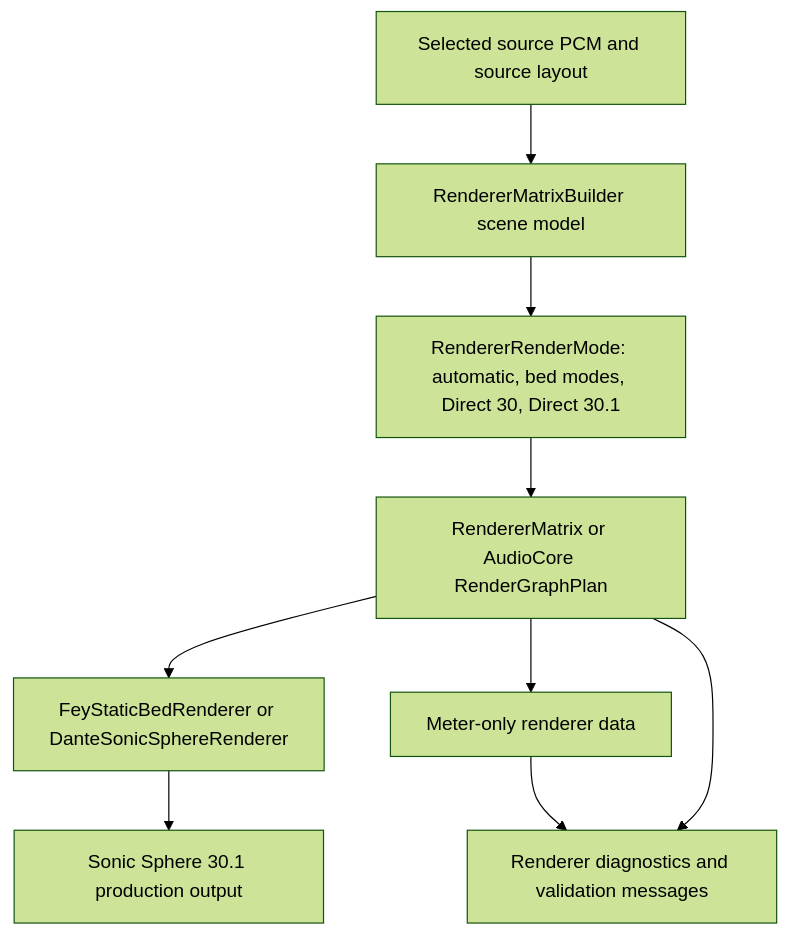
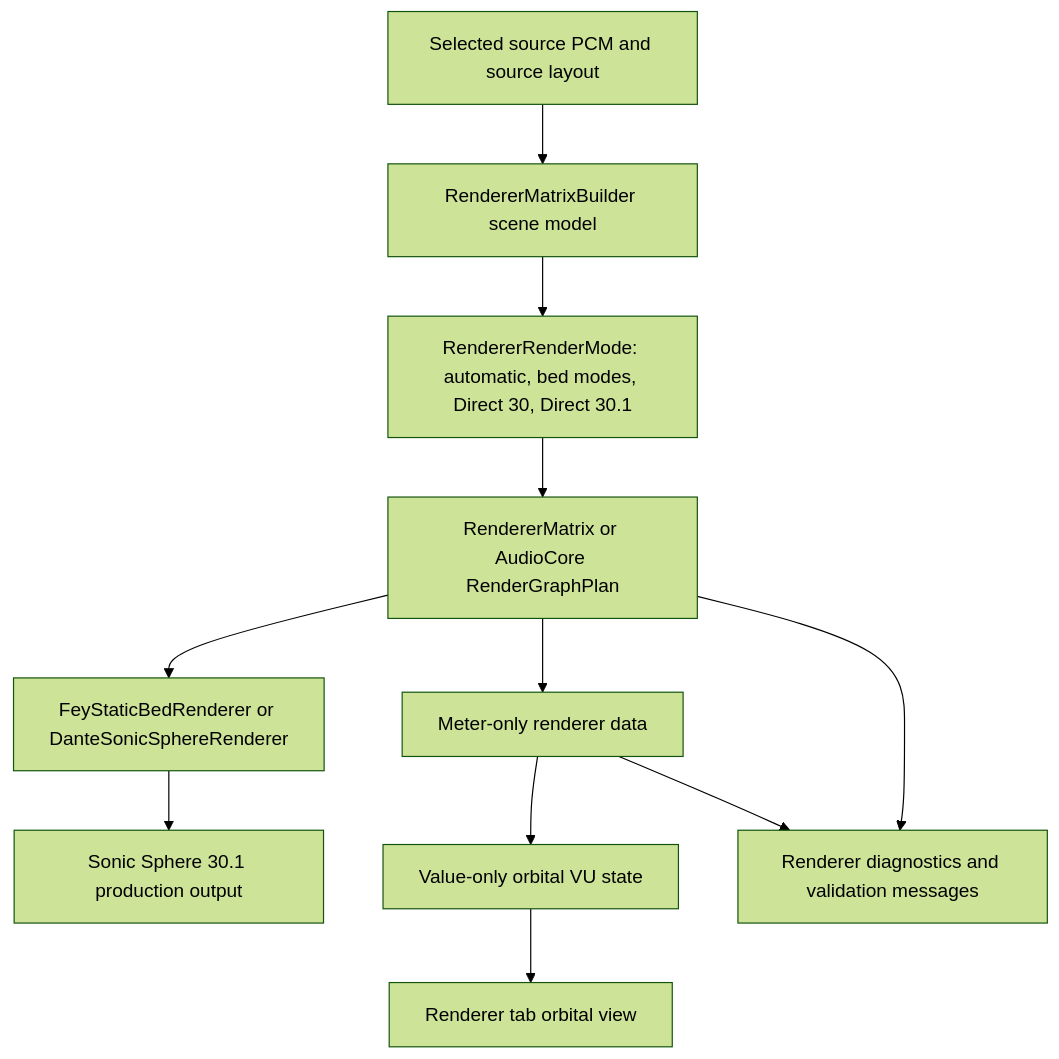
Before and after one commit to jebagu/Orbisonic: the seventh of 13 diagrams in docs/system-flows.md, drawn with Mermaid (forest theme). The commit also changed other lines of this file and 93 other files, not shown here.

````diff
--- a/docs/system-flows.md
+++ b/docs/system-flows.md
@@ -218,20 +226,24 @@
 ```mermaid
 flowchart TD
     Source["Selected source PCM and source layout"]
     Scene["RendererMatrixBuilder scene model"]
     Mode["RendererRenderMode: automatic, bed modes, Direct 30, Direct 30.1"]
     Matrix["RendererMatrix or AudioCore RenderGraphPlan"]
     Render["FeyStaticBedRenderer or DanteSonicSphereRenderer"]
     MeterCopy["Meter-only renderer data"]
+    OrbitalVU["Value-only orbital VU state"]
+    OrbitalView["Renderer tab orbital view"]
     Production["Sonic Sphere 30.1 production output"]
     Diagnostics["Renderer diagnostics and validation messages"]
 
     Source --> Scene
     Scene --> Mode
     Mode --> Matrix
     Matrix --> Render
     Render --> Production
     Matrix --> MeterCopy
+    MeterCopy --> OrbitalVU
+    OrbitalVU --> OrbitalView
     MeterCopy --> Diagnostics
     Matrix --> Diagnostics
 ```
````
